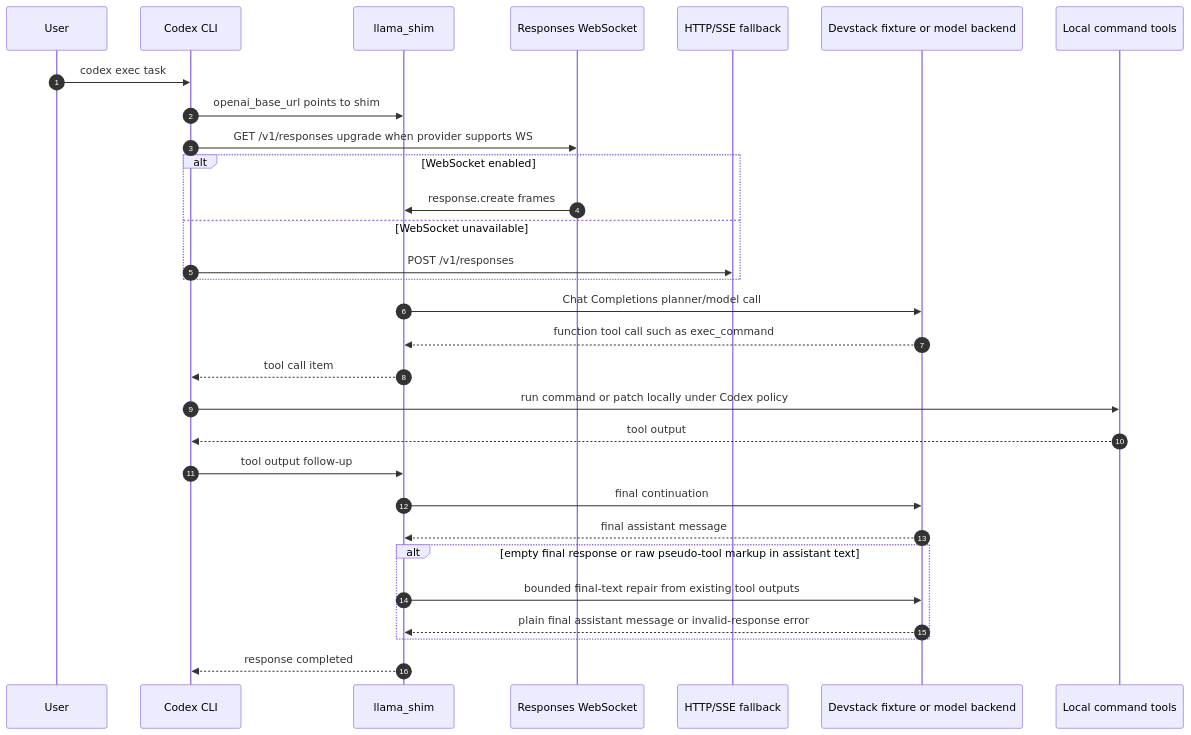
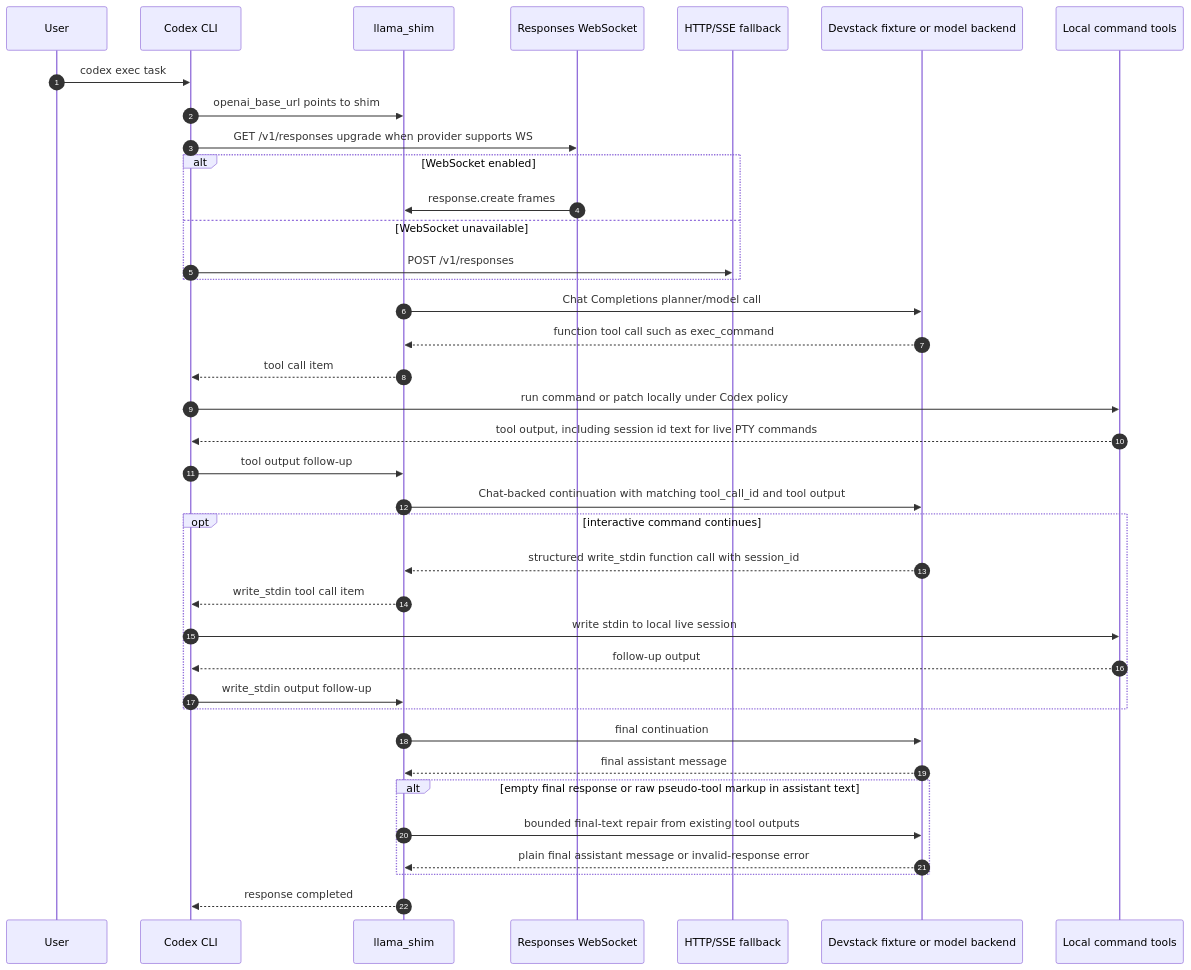
One commit to avelrl/llama_shim changed diagram 22 of 25 in docs/engineering/openai-api-choreography-atlas.md. Above: the diagram before and after it, drawn with Mermaid. The commit also changed other lines of this file and 7 other files, not shown here.

````diff
--- a/docs/engineering/openai-api-choreography-atlas.md
+++ b/docs/engineering/openai-api-choreography-atlas.md
@@ -844,33 +844,41 @@
 ```mermaid
 sequenceDiagram
   autonumber
   participant User
   participant Codex as Codex CLI
   participant Shim as llama_shim
   participant WS as Responses WebSocket
   participant HTTP as HTTP/SSE fallback
   participant Fixture as Devstack fixture or model backend
   participant Tools as Local command tools
 
   User->>Codex: codex exec task
   Codex->>Shim: openai_base_url points to shim
   Codex->>WS: GET /v1/responses upgrade when provider supports WS
   alt WebSocket enabled
     WS->>Shim: response.create frames
   else WebSocket unavailable
     Codex->>HTTP: POST /v1/responses
   end
   Shim->>Fixture: Chat Completions planner/model call
   Fixture-->>Shim: function tool call such as exec_command
   Shim-->>Codex: tool call item
   Codex->>Tools: run command or patch locally under Codex policy
-  Tools-->>Codex: tool output
+  Tools-->>Codex: tool output, including session id text for live PTY commands
   Codex->>Shim: tool output follow-up
+  Shim->>Fixture: Chat-backed continuation with matching tool_call_id and tool output
+  opt interactive command continues
+    Fixture-->>Shim: structured write_stdin function call with session_id
+    Shim-->>Codex: write_stdin tool call item
+    Codex->>Tools: write stdin to local live session
+    Tools-->>Codex: follow-up output
+    Codex->>Shim: write_stdin output follow-up
+  end
   Shim->>Fixture: final continuation
   Fixture-->>Shim: final assistant message
   alt empty final response or raw pseudo-tool markup in assistant text
     Shim->>Fixture: bounded final-text repair from existing tool outputs
     Fixture-->>Shim: plain final assistant message or invalid-response error
   end
   Shim-->>Codex: response completed
 ```
````
